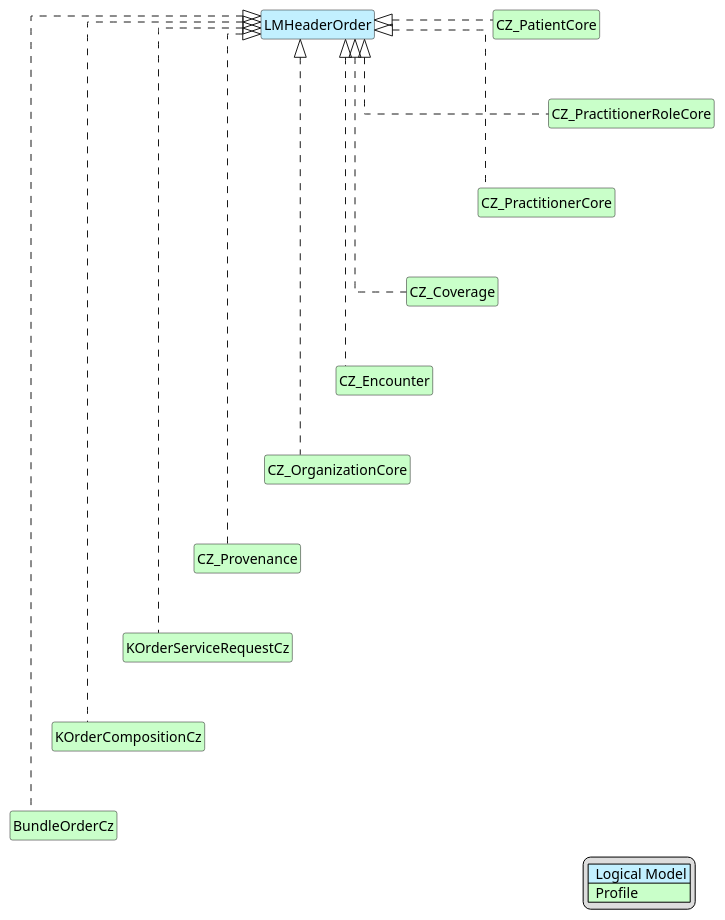
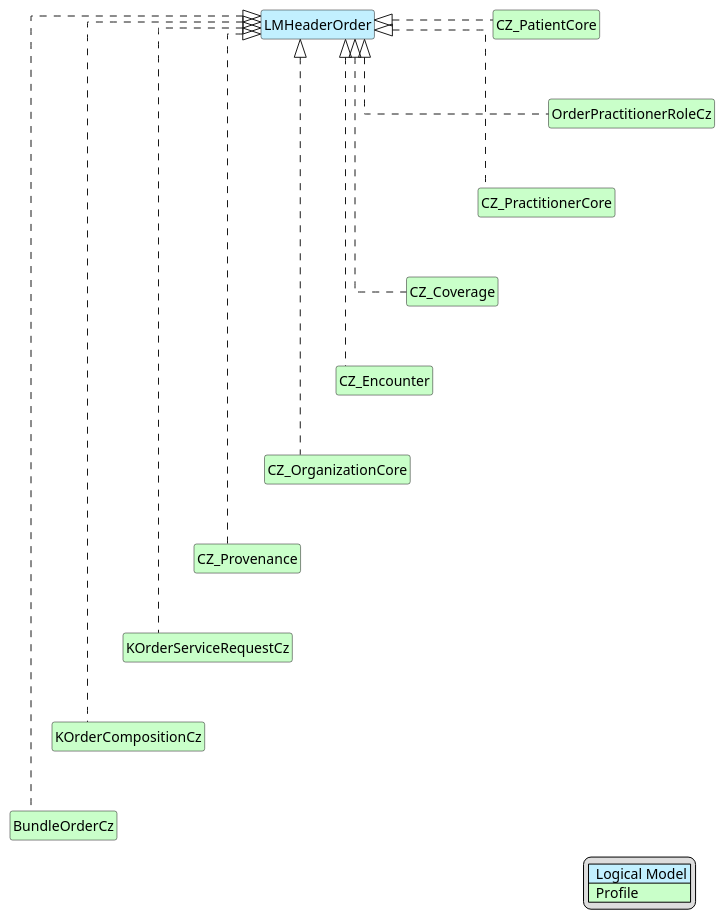
The diagram in input/images-source/K-Header-map.plantuml (HL7-cz/k-order), drawn with PlantUML before and after one commit. The commit also changed 4 other files, not shown here.

```diff
--- a/input/images-source/K-Header-map.plantuml
+++ b/input/images-source/K-Header-map.plantuml
@@ -1,61 +1,61 @@
 @startuml
 
 hide circle
 hide stereotype
 hide members
 hide methods
 
 skinparam linetype ortho
 
 skinparam class {
 BackgroundColor<<LogicalModel>> #APPLICATION
 BackgroundColor<<Profile>> #TECHNOLOGY
 }
 
 legend right
 | <#APPLICATION>  Logical Model |
 | <#TECHNOLOGY>  Profile |
 endlegend
 
 class "LMHeaderOrder" <<LogicalModel>> [[StructureDefinition-LMHeaderOrder.html]]
 
 class "CZ_PatientCore" <<Profile>> [[https://hl7.cz/fhir/core/StructureDefinition-cz-patient-core.html]]
 "LMHeaderOrder" <|. "CZ_PatientCore"
 
-class "CZ_PractitionerRoleCore" <<Profile>> [[https://hl7.cz/fhir/core/StructureDefinition-cz-practitionerrole-core.html]]
-"LMHeaderOrder" <|. "CZ_PractitionerRoleCore"
-"CZ_PatientCore" -d[hidden]-> "CZ_PractitionerRoleCore"
+class "OrderPractitionerRoleCz" <<Profile>> [[StructureDefinition-OrderPractitionerRoleCz.html]]
+"LMHeaderOrder" <|. "OrderPractitionerRoleCz"
+"CZ_PatientCore" -d[hidden]-> "OrderPractitionerRoleCz"
 
 class "CZ_PractitionerCore" <<Profile>> [[https://hl7.cz/fhir/core/StructureDefinition-cz-practitioner-core.html]]
 "LMHeaderOrder" <|. "CZ_PractitionerCore"
-"CZ_PractitionerRoleCore" -d[hidden]-> "CZ_PractitionerCore"
+"OrderPractitionerRoleCz" -d[hidden]-> "CZ_PractitionerCore"
 
 class "CZ_Coverage" <<Profile>> [[https://hl7.cz/fhir/core/StructureDefinition-cz-coverage.html]]
 "LMHeaderOrder" <|. "CZ_Coverage"
 "CZ_PractitionerCore" -d[hidden]-> "CZ_Coverage"
 
 class "CZ_Encounter" <<Profile>> [[https://hl7.cz/fhir/core/StructureDefinition-cz-encounter-core.html]]
 "LMHeaderOrder" <|. "CZ_Encounter"
 "CZ_Coverage" -d[hidden]-> "CZ_Encounter"
 
 class "CZ_OrganizationCore" <<Profile>> [[https://hl7.cz/fhir/core/StructureDefinition-cz-organization-core.html]]
 "LMHeaderOrder" <|. "CZ_OrganizationCore"
 "CZ_Encounter" -d[hidden]-> "CZ_OrganizationCore"
 
 class "CZ_Provenance" <<Profile>> [[https://hl7.cz/fhir/core/StructureDefinition-cz-provenance.html]]
 "LMHeaderOrder" <|. "CZ_Provenance"
 "CZ_OrganizationCore" -d[hidden]-> "CZ_Provenance"
 
 class "KOrderServiceRequestCz" <<Profile>> [[StructureDefinition-KOrderServiceRequestCz.html]]
 "LMHeaderOrder" <|. "KOrderServiceRequestCz"
 "CZ_Provenance" -d[hidden]-> "KOrderServiceRequestCz"
 
 class "KOrderCompositionCz" <<Profile>> [[StructureDefinition-KOrderCompositionCz.html]]
 "LMHeaderOrder" <|. "KOrderCompositionCz"
 "KOrderServiceRequestCz" -d[hidden]-> "KOrderCompositionCz"
 
 class "BundleOrderCz" <<Profile>> [[StructureDefinition-BundleOrderCz.html]]
 "LMHeaderOrder" <|. "BundleOrderCz"
 "KOrderCompositionCz" -d[hidden]-> "BundleOrderCz"
 
 @enduml
```
